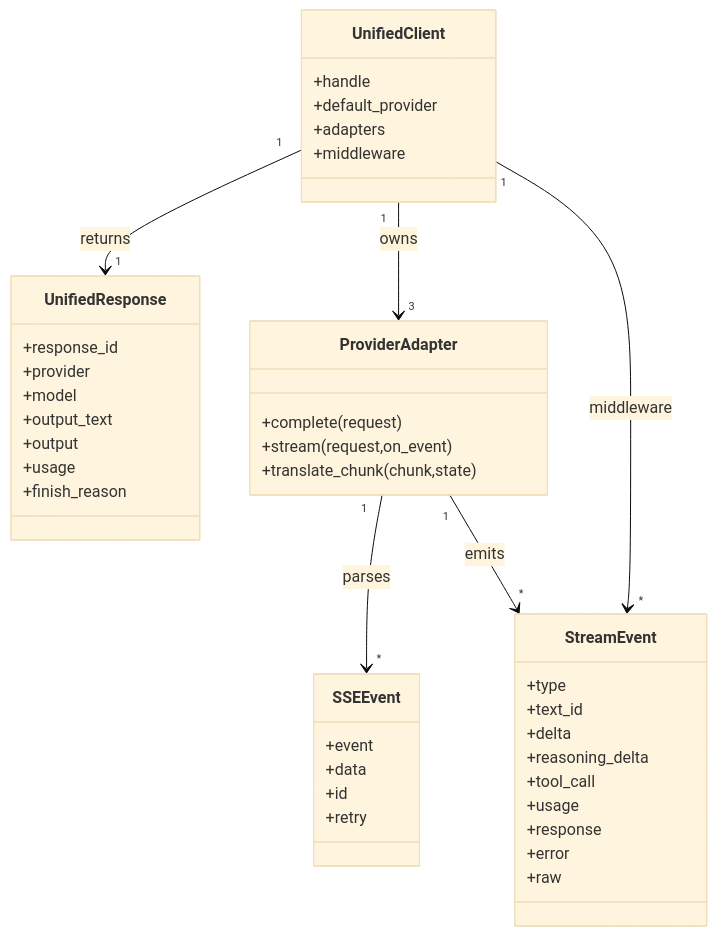
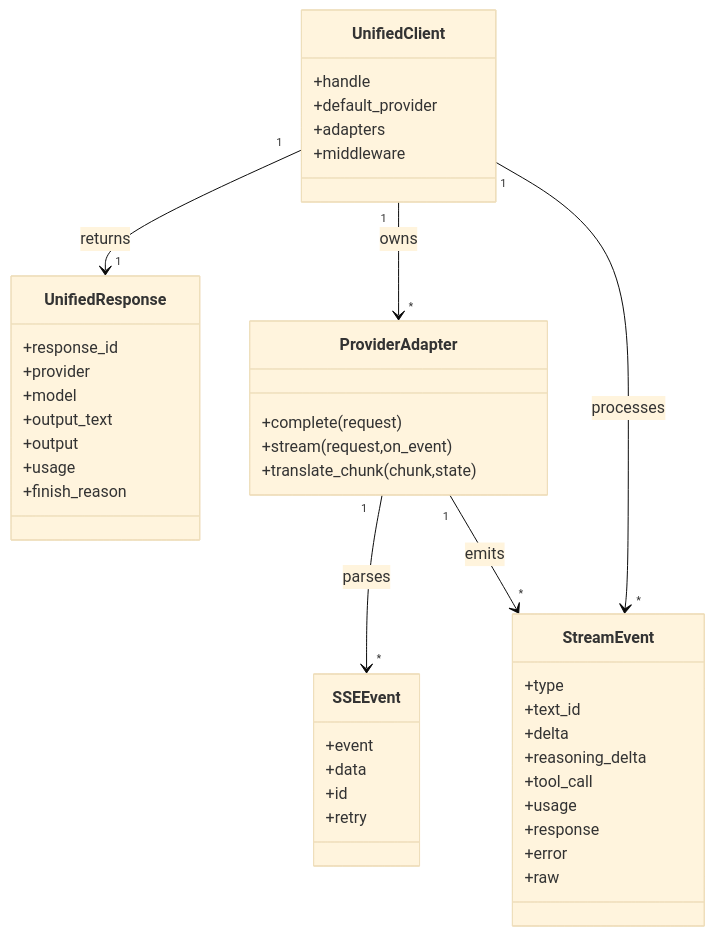
Before and after one commit to jaytaylor/attractor-tcl: the first of 5 diagrams in docs/sprints/SPRINT-005-comprehensive-implementation-plan.md, drawn with Mermaid (base theme). The commit also changed other lines of this file, not shown here.

````diff
--- a/docs/sprints/SPRINT-005-comprehensive-implementation-plan.md
+++ b/docs/sprints/SPRINT-005-comprehensive-implementation-plan.md
@@ -826,46 +384,50 @@
 ```mermaid
 classDiagram
   class UnifiedClient {
     +handle
     +default_provider
     +adapters
     +middleware
   }
+
   class StreamEvent {
     +type
     +text_id
     +delta
     +reasoning_delta
     +tool_call
     +usage
     +response
     +error
     +raw
   }
+
   class UnifiedResponse {
     +response_id
     +provider
     +model
     +output_text
     +output
     +usage
     +finish_reason
   }
+
   class ProviderAdapter {
     +complete(request)
     +stream(request,on_event)
     +translate_chunk(chunk,state)
   }
+
   class SSEEvent {
     +event
     +data
     +id
     +retry
   }
 
-  UnifiedClient "1" --> "3" ProviderAdapter : owns
+  UnifiedClient "1" --> "*" ProviderAdapter : owns
   ProviderAdapter "1" --> "*" SSEEvent : parses
   ProviderAdapter "1" --> "*" StreamEvent : emits
-  UnifiedClient "1" --> "*" StreamEvent : middleware
+  UnifiedClient "1" --> "*" StreamEvent : processes
   UnifiedClient "1" --> "1" UnifiedResponse : returns
 ```
````
